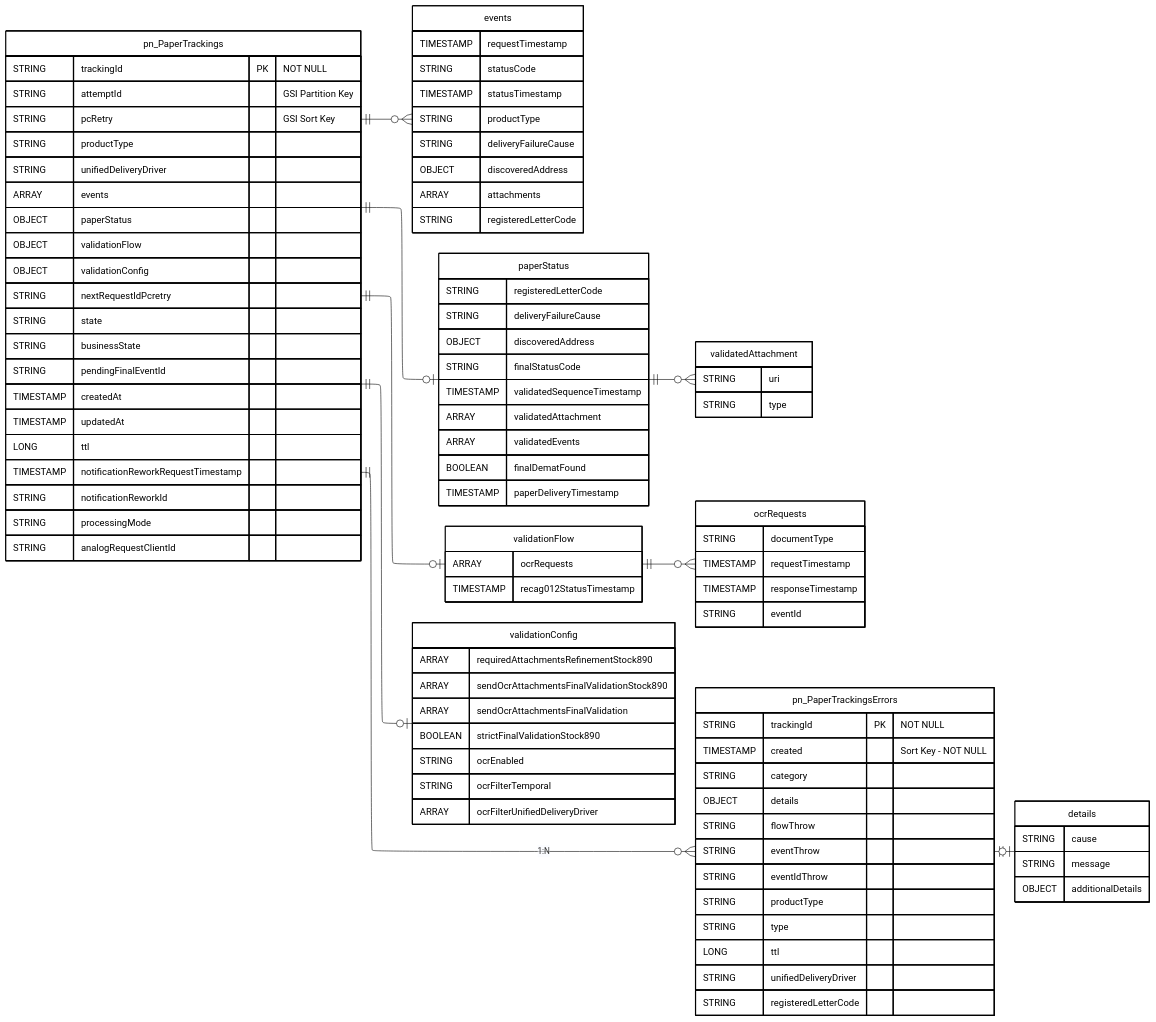
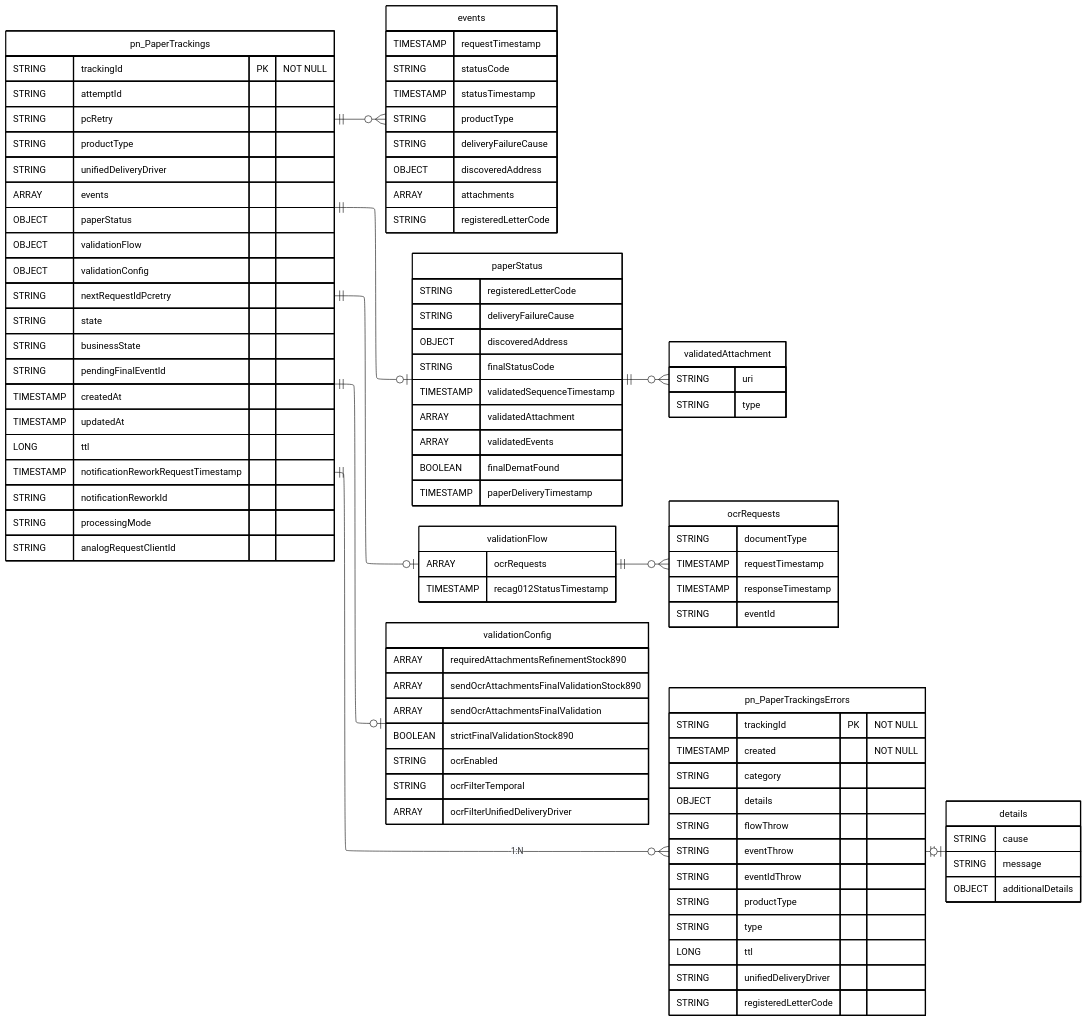
One commit to pagopa/pn-metrics changed the diagram in send_diagrams/data-models/paper_tracker/paper_tracker.mmd. Above: the diagram before and after it, drawn with Mermaid.

Commit message:
SNDM-266: refactor model

```diff
--- a/send_diagrams/data-models/paper_tracker/paper_tracker.mmd
+++ b/send_diagrams/data-models/paper_tracker/paper_tracker.mmd
@@ -1,146 +1,150 @@
 ---
 config:
   layout: elk
   theme: base
 ---
 
 erDiagram
 
     %% diagram version: 1.0.0
 
     %% sources:
     %% - PaperTrackings.java
     %% - PaperTrackingsErrors.java
     %% - SRS pn-paper-tracker AR
     %% - SRS pn-paper-tracker RIR
     %% - SRS pn-paper-tracker 890
     %% - SRS pn-paper-tracker RS-RIS
     %% - SRS Attivazione RUN pn-paper-tracker
     %% - SRS Attivazione campione OCR pn-paper-tracker
 
     direction LR
 
     pn_PaperTrackings {
         STRING trackingId PK "NOT NULL"
-        STRING attemptId "GSI Partition Key"
-        STRING pcRetry "GSI Sort Key"
+        STRING attemptId
+        STRING pcRetry
         STRING productType
         STRING unifiedDeliveryDriver
         ARRAY events
         OBJECT paperStatus
         OBJECT validationFlow
         OBJECT validationConfig
         STRING nextRequestIdPcretry
         STRING state
         STRING businessState
         STRING pendingFinalEventId
         TIMESTAMP createdAt
         TIMESTAMP updatedAt
         LONG ttl
         TIMESTAMP notificationReworkRequestTimestamp
         STRING notificationReworkId
         STRING processingMode
         STRING analogRequestClientId
     }
 
     events {
         TIMESTAMP requestTimestamp
         STRING statusCode
         TIMESTAMP statusTimestamp
         STRING productType
         STRING deliveryFailureCause
         OBJECT discoveredAddress
         ARRAY attachments
         STRING registeredLetterCode
     }
 
     paperStatus {
         STRING registeredLetterCode
         STRING deliveryFailureCause
         OBJECT discoveredAddress
         STRING finalStatusCode
         TIMESTAMP validatedSequenceTimestamp
         ARRAY validatedAttachment
         ARRAY validatedEvents
         BOOLEAN finalDematFound
         TIMESTAMP paperDeliveryTimestamp
     }
 
     validatedAttachment {
         STRING uri
         STRING type
     }
 
     validationFlow {
         ARRAY ocrRequests
         TIMESTAMP recag012StatusTimestamp
     }
 
     ocrRequests {
         STRING documentType
         TIMESTAMP requestTimestamp
         TIMESTAMP responseTimestamp
         STRING eventId
     }
 
     validationConfig {
         ARRAY requiredAttachmentsRefinementStock890
         ARRAY sendOcrAttachmentsFinalValidationStock890
         ARRAY sendOcrAttachmentsFinalValidation
         BOOLEAN strictFinalValidationStock890
         STRING ocrEnabled
         STRING ocrFilterTemporal
         ARRAY ocrFilterUnifiedDeliveryDriver
     }
 
     pn_PaperTrackingsErrors {
         STRING trackingId PK "NOT NULL"
-        TIMESTAMP created "Sort Key - NOT NULL"
+        TIMESTAMP created "NOT NULL"
         STRING category
         OBJECT details
         STRING flowThrow
         STRING eventThrow
         STRING eventIdThrow
         STRING productType
         STRING type
         LONG ttl
         STRING unifiedDeliveryDriver
         STRING registeredLetterCode
     }
 
     details {
         STRING cause
         STRING message
         OBJECT additionalDetails
     }
 
-    %% RELAZIONI TRA TABELLE PRINCIPALI
-
+    %% RELAZIONE TRA LE ENTITA PRINCIPALI
     %% Join:
     %% pn_PaperTrackings.trackingId = pn_PaperTrackingsErrors.trackingId
+    %% Un tracking puo essere associato a zero o piu errori o warning.
+
     pn_PaperTrackings ||--o{ pn_PaperTrackingsErrors : "1:N"
 
     %% STRUTTURE EMBEDDED
-    %% Non rappresentano tabelle DynamoDB autonome
+    %% Le relazioni seguenti rappresentano esclusivamente
+    %% la composizione delle strutture annidate.
+    %% Non rappresentano tabelle DynamoDB autonome.
 
     pn_PaperTrackings ||--o{ events : ""
     pn_PaperTrackings ||--o| paperStatus : ""
     pn_PaperTrackings ||--o| validationFlow : ""
     pn_PaperTrackings ||--o| validationConfig : ""
 
     paperStatus ||--o{ validatedAttachment : ""
     validationFlow ||--o{ ocrRequests : ""
 
     pn_PaperTrackingsErrors ||--o| details : ""
 
     %% STILE
 
     style pn_PaperTrackings fill:#FFFFFF,stroke:#000000,stroke-width:2px,color:#000000
     style pn_PaperTrackingsErrors fill:#FFFFFF,stroke:#000000,stroke-width:2px,color:#000000
+
     style events fill:#FFFFFF,stroke:#000000,stroke-width:2px,color:#000000
     style paperStatus fill:#FFFFFF,stroke:#000000,stroke-width:2px,color:#000000
     style validatedAttachment fill:#FFFFFF,stroke:#000000,stroke-width:2px,color:#000000
     style validationFlow fill:#FFFFFF,stroke:#000000,stroke-width:2px,color:#000000
     style ocrRequests fill:#FFFFFF,stroke:#000000,stroke-width:2px,color:#000000
     style validationConfig fill:#FFFFFF,stroke:#000000,stroke-width:2px,color:#000000
     style details fill:#FFFFFF,stroke:#000000,stroke-width:2px,color:#000000
```
